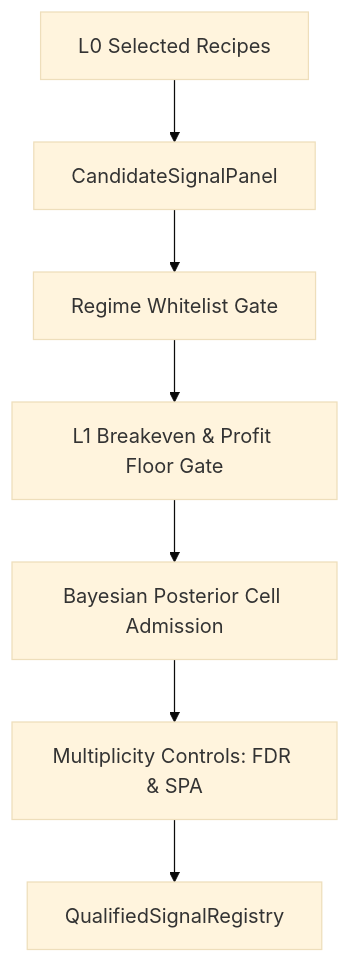
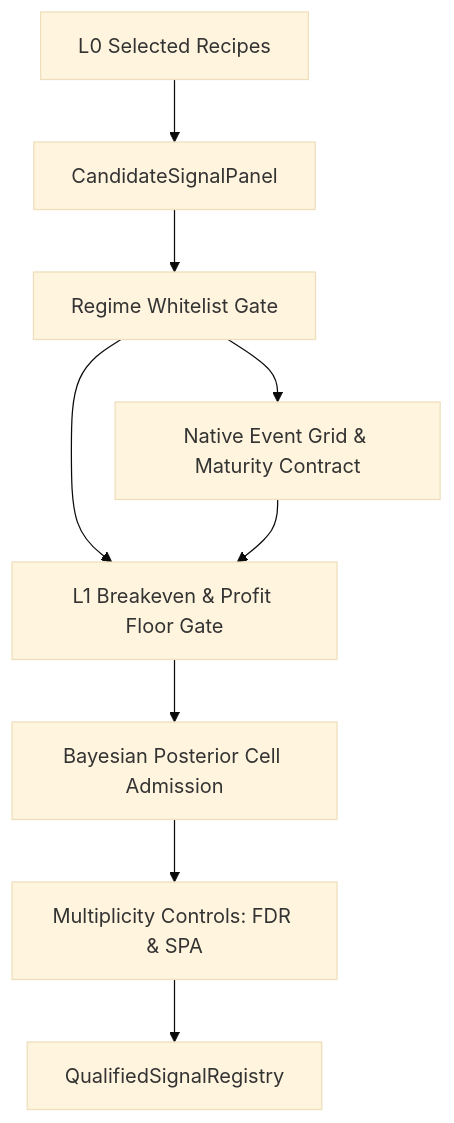
Before and after one commit to KTHYEONG/crypto-pilot: the diagram in docs/architecture/layer1.md, drawn with Mermaid (base theme). The commit also changed other lines of this file and 4 other files, not shown here.

````diff
--- a/docs/architecture/layer1.md
+++ b/docs/architecture/layer1.md
@@ -77,9 +80,11 @@
 ```mermaid
 graph TD
     A[L0 Selected Recipes] --> B[CandidateSignalPanel]
     B --> C[Regime Whitelist Gate]
     C --> D[L1 Breakeven & Profit Floor Gate]
     D --> E[Bayesian Posterior Cell Admission]
     E --> F[Multiplicity Controls: FDR & SPA]
     F --> G[QualifiedSignalRegistry]
+    C --> H[Native Event Grid & Maturity Contract]
+    H --> D
 ```
````
